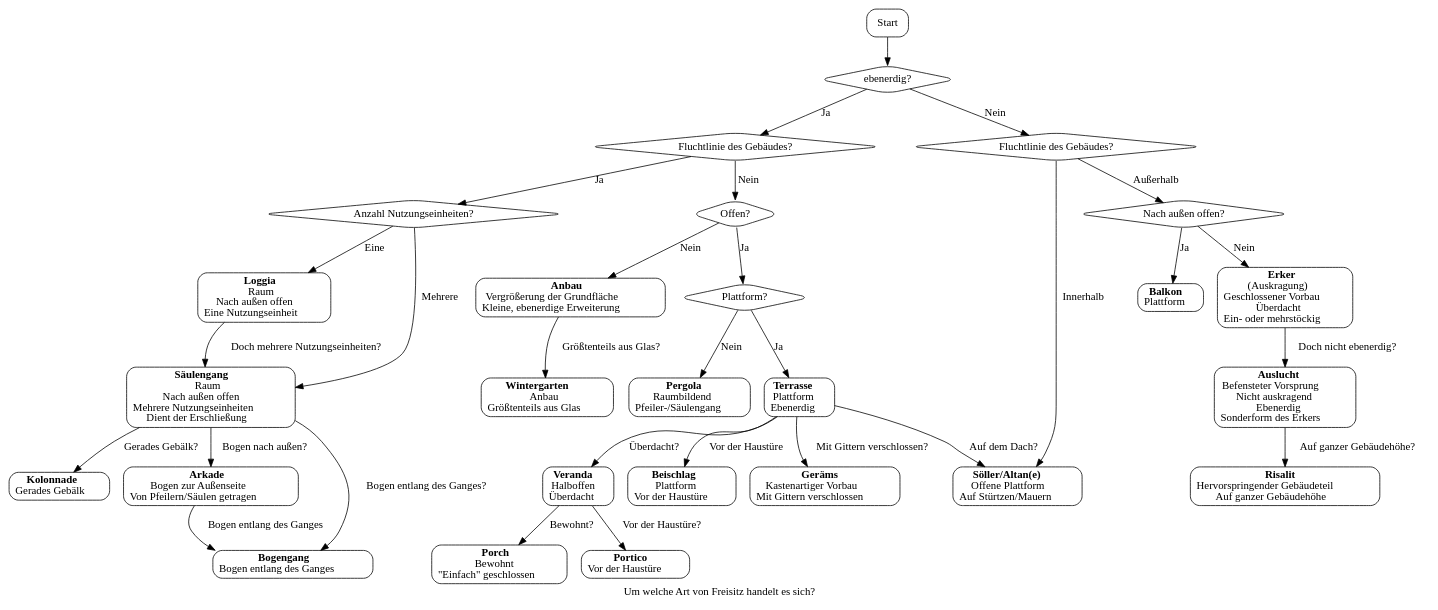
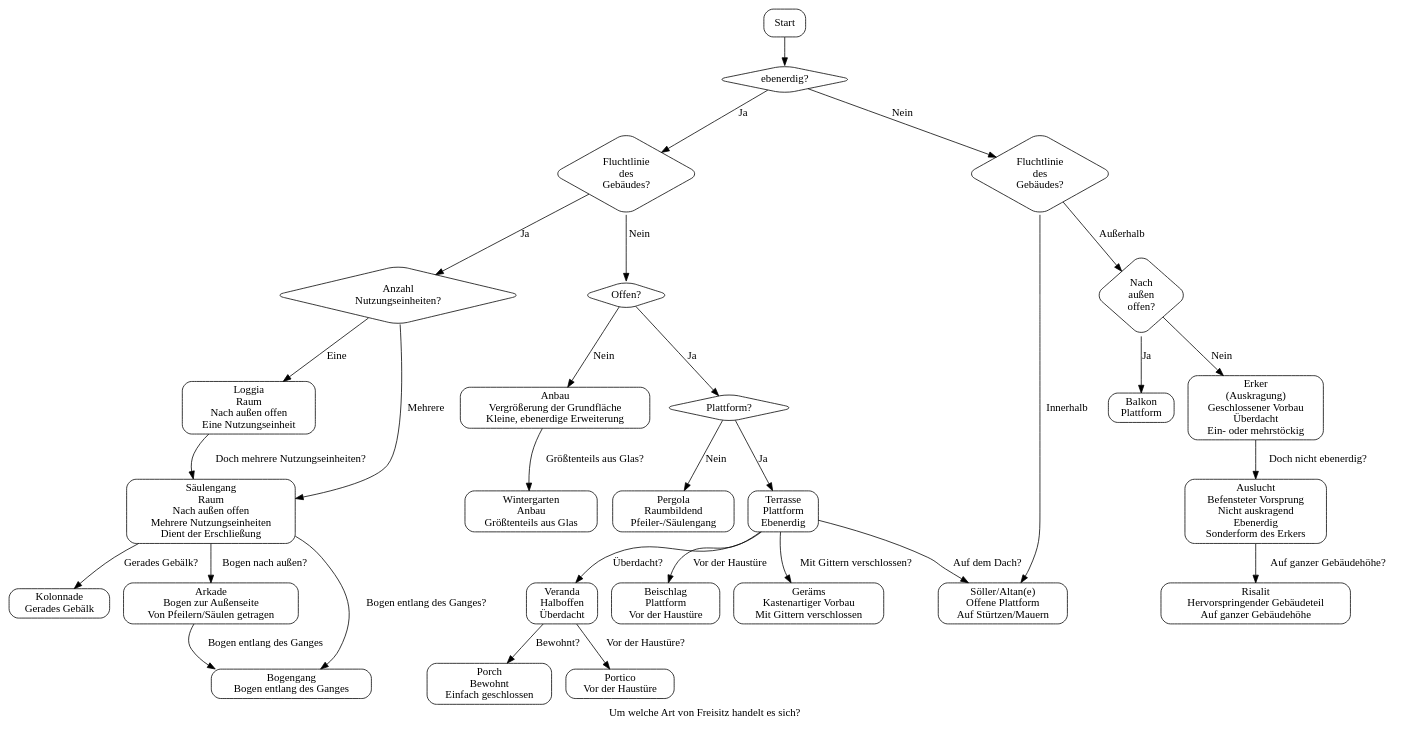
Before and after one commit to nicholasdille/freisitz: the diagram in freisitz.dot, drawn with Graphviz.

Commit message:
Removed formatting

```diff
--- a/freisitz.dot
+++ b/freisitz.dot
@@ -1,73 +1,64 @@
 #!dot
 digraph {
     label="Um welche Art von Freisitz handelt es sich?";
 
     # Knoten
     node[shape="box", style="rounded"] Start;
-    node[shape="diamond"] if_ebenerdig;
-    node[shape="diamond"] if_ebenerdig_fluchtlinie;
-    node[shape="diamond"] if_ebenerdig_innerhalb_fluchtlinie_nutzungseinheiten;
-    node[shape="diamond"] if_ebenerdig_außerhalbhalb_fluchtlinie_offen;
-    node[shape="diamond"] if_ebenerdig_außerhalbhalb_fluchtlinie_teilweise_offen_plattform;
-    node[shape="diamond"] if_nicht_ebenerdig_fluchtlinie;
-    node[shape="diamond"] if_nicht_ebenerdig_außerhalb_fluchtlinie_offen;
-    node[shape="box", style="rounded", label=<<B>Söller/Altan(e)</B><br/>Offene Plattform<br/>Auf Stürtzen/Mauern> URL="https://de.wikipedia.org/wiki/S%C3%B6ller"] Söller;
-    node[shape="box", style="rounded", label=<<B>Balkon</B><br/>Plattform> URL="https://de.wikipedia.org/wiki/Balkon"] Balkon;
-    node[shape="box", style="rounded", label=<<B>Erker</B><br/>(Auskragung)<br/>Geschlossener Vorbau<br/>Überdacht<br/>Ein- oder mehrstöckig> URL="https://de.wikipedia.org/wiki/Erker"] Erker;
-    node[shape="box", style="rounded", label=<<B>Auslucht</B><br/>Befensteter Vorsprung<br/>Nicht auskragend<br/>Ebenerdig<br/>Sonderform des Erkers> URL="https://de.wikipedia.org/wiki/Auslucht"] Auslucht;
-    node[shape="box", style="rounded", label=<<B>Risalit</B><br/>Hervorspringender Gebäudeteil<br/>Auf ganzer Gebäudehöhe> URL="https://de.wikipedia.org/wiki/Risalit"] Risalit;
-    node[shape="box", style="rounded", label=<<B>Terrasse</B><br/>Plattform<br/>Ebenerdig> URL="https://de.wikipedia.org/wiki/Terrasse_(Architektur)"] Terrasse;
-    node[shape="box", style="rounded", label=<<B>Anbau</B><br/>Vergrößerung der Grundfläche<br/>Kleine, ebenerdige Erweiterung> URL="https://de.wikipedia.org/wiki/Anbau_(Geb%C3%A4ude)"] Anbau;
-    node[shape="box", style="rounded", label=<<B>Pergola</B><br/>Raumbildend<br/>Pfeiler-/Säulengang> URL="https://de.wikipedia.org/wiki/Pergola"] Pergola;
-    node[shape="box", style="rounded", label=<<B>Veranda</B><br/>Halboffen<br/>Überdacht> URL="https://de.wikipedia.org/wiki/Veranda"] Veranda;
-    node[shape="box", style="rounded", label=<<B>Porch</B><br/>Bewohnt<br/>"Einfach" geschlossen>] Porch;
-    node[shape="box", style="rounded", label=<<B>Portico</B><br/>Vor der Haustüre>] Portico;
-    node[shape="box", style="rounded", label=<<B>Beischlag</B><br/>Plattform<br/>Vor der Haustüre> URL="https://de.wikipedia.org/wiki/Beischlag"] Beischlag;
-    node[shape="box", style="rounded", label=<<B>Wintergarten</B><br/>Anbau<br/>Größtenteils aus Glas> URL="https://de.wikipedia.org/wiki/Wintergarten"] Wintergarten;
-    node[shape="box", style="rounded", label=<<B>Geräms</B><br/>Kastenartiger Vorbau<br/>Mit Gittern verschlossen> URL="https://de.wikipedia.org/wiki/Ger%C3%A4ms"] Geräms;
-    node[shape="box", style="rounded", label=<<B>Loggia</B><br/>Raum<br/>Nach außen offen<br/>Eine Nutzungseinheit> URL="https://de.wikipedia.org/wiki/Loggia"] Loggia;
-    node[shape="box", style="rounded", label=<<B>Säulengang</B><br/>Raum<br/>Nach außen offen<br/>Mehrere Nutzungseinheiten<br/>Dient der Erschließung>] Säulengang;
-    node[shape="box", style="rounded", label=<<B>Kolonnade</B><br/>Gerades Gebälk> URL="https://de.wikipedia.org/wiki/Kolonnade"] Kolonnade;
-    node[shape="box", style="rounded", label=<<B>Arkade</B><br/>Bogen zur Außenseite<br/>Von Pfeilern/Säulen getragen> URL="https://de.wikipedia.org/wiki/Arkade"] Arkade;
-    node[shape="box", style="rounded", label=<<B>Bogengang</B><br/>Bogen entlang des Ganges> URL="https://de.wikipedia.org/wiki/Bogengang_(Architektur)"] Bogengang;
+    node[shape="diamond" label="ebenerdig?"] if_ebenerdig;
+    node[shape="diamond" label="Fluchtlinie\ndes\nGebäudes?"] if_ebenerdig_fluchtlinie;
+    node[shape="diamond" label="Anzahl\nNutzungseinheiten?"] if_ebenerdig_innerhalb_fluchtlinie_nutzungseinheiten;
+    node[shape="diamond" label="Offen?"] if_ebenerdig_außerhalbhalb_fluchtlinie_offen;
+    node[shape="diamond" label="Plattform?"] if_ebenerdig_außerhalbhalb_fluchtlinie_teilweise_offen_plattform;
+    node[shape="diamond" label="Fluchtlinie\ndes\nGebäudes?"] if_nicht_ebenerdig_fluchtlinie;
+    node[shape="diamond" label="Nach\naußen\noffen?"] if_nicht_ebenerdig_außerhalb_fluchtlinie_offen;
+    node[shape="box", style="rounded", label="Söller/Altan(e)\nOffene Plattform\nAuf Stürtzen/Mauern" URL="https://de.wikipedia.org/wiki/S%C3%B6ller"] Söller;
+    node[shape="box", style="rounded", label="Balkon\nPlattform" URL="https://de.wikipedia.org/wiki/Balkon"] Balkon;
+    node[shape="box", style="rounded", label="Erker\n(Auskragung)\nGeschlossener Vorbau\nÜberdacht\nEin- oder mehrstöckig" URL="https://de.wikipedia.org/wiki/Erker"] Erker;
+    node[shape="box", style="rounded", label="Auslucht\nBefensteter Vorsprung\nNicht auskragend\nEbenerdig\nSonderform des Erkers" URL="https://de.wikipedia.org/wiki/Auslucht"] Auslucht;
+    node[shape="box", style="rounded", label="Risalit\nHervorspringender Gebäudeteil\nAuf ganzer Gebäudehöhe" URL="https://de.wikipedia.org/wiki/Risalit"] Risalit;
+    node[shape="box", style="rounded", label="Terrasse\nPlattform\nEbenerdig" URL="https://de.wikipedia.org/wiki/Terrasse_(Architektur)"] Terrasse;
+    node[shape="box", style="rounded", label="Anbau\nVergrößerung der Grundfläche\nKleine, ebenerdige Erweiterung" URL="https://de.wikipedia.org/wiki/Anbau_(Geb%C3%A4ude)"] Anbau;
+    node[shape="box", style="rounded", label="Pergola\nRaumbildend\nPfeiler-/Säulengang" URL="https://de.wikipedia.org/wiki/Pergola"] Pergola;
+    node[shape="box", style="rounded", label="Veranda\nHalboffen\nÜberdacht" URL="https://de.wikipedia.org/wiki/Veranda"] Veranda;
+    node[shape="box", style="rounded", label="Porch\nBewohnt\nEinfach geschlossen"] Porch;
+    node[shape="box", style="rounded", label="Portico\nVor der Haustüre"] Portico;
+    node[shape="box", style="rounded", label="Beischlag\nPlattform\nVor der Haustüre" URL="https://de.wikipedia.org/wiki/Beischlag"] Beischlag;
+    node[shape="box", style="rounded", label="Wintergarten\nAnbau\nGrößtenteils aus Glas" URL="https://de.wikipedia.org/wiki/Wintergarten"] Wintergarten;
+    node[shape="box", style="rounded", label="Geräms\nKastenartiger Vorbau\nMit Gittern verschlossen" URL="https://de.wikipedia.org/wiki/Ger%C3%A4ms"] Geräms;
+    node[shape="box", style="rounded", label="Loggia\nRaum\nNach außen offen\nEine Nutzungseinheit" URL="https://de.wikipedia.org/wiki/Loggia"] Loggia;
+    node[shape="box", style="rounded", label="Säulengang\nRaum\nNach außen offen\nMehrere Nutzungseinheiten\nDient der Erschließung"] Säulengang;
+    node[shape="box", style="rounded", label="Kolonnade\nGerades Gebälk" URL="https://de.wikipedia.org/wiki/Kolonnade"] Kolonnade;
+    node[shape="box", style="rounded", label="Arkade\nBogen zur Außenseite\nVon Pfeilern/Säulen getragen" URL="https://de.wikipedia.org/wiki/Arkade"] Arkade;
+    node[shape="box", style="rounded", label="Bogengang\nBogen entlang des Ganges" URL="https://de.wikipedia.org/wiki/Bogengang_(Architektur)"] Bogengang;
 
     # Kanten
     Start -> if_ebenerdig;
     if_ebenerdig -> if_ebenerdig_fluchtlinie [label="Ja"];
     if_ebenerdig -> if_nicht_ebenerdig_fluchtlinie [label="Nein"];
     if_ebenerdig_fluchtlinie -> if_ebenerdig_innerhalb_fluchtlinie_nutzungseinheiten [label="Ja"];
     if_ebenerdig_fluchtlinie -> if_ebenerdig_außerhalbhalb_fluchtlinie_offen [label="Nein"];
     if_ebenerdig_außerhalbhalb_fluchtlinie_offen -> Anbau [label="Nein"];
     if_ebenerdig_außerhalbhalb_fluchtlinie_offen -> if_ebenerdig_außerhalbhalb_fluchtlinie_teilweise_offen_plattform [label="Ja"];
     if_ebenerdig_außerhalbhalb_fluchtlinie_teilweise_offen_plattform -> Pergola [label="Nein"]
     if_ebenerdig_außerhalbhalb_fluchtlinie_teilweise_offen_plattform -> Terrasse [label="Ja"]
     if_ebenerdig_innerhalb_fluchtlinie_nutzungseinheiten -> Loggia [label="Eine"];
     if_ebenerdig_innerhalb_fluchtlinie_nutzungseinheiten -> Säulengang [label="Mehrere"];
     if_nicht_ebenerdig_fluchtlinie -> Söller [label="Innerhalb"];
     if_nicht_ebenerdig_fluchtlinie -> if_nicht_ebenerdig_außerhalb_fluchtlinie_offen [label="Außerhalb"];
     if_nicht_ebenerdig_außerhalb_fluchtlinie_offen -> Balkon [label="Ja"];
     if_nicht_ebenerdig_außerhalb_fluchtlinie_offen -> Erker [label="Nein"];
     Erker -> Auslucht [label="Doch nicht ebenerdig?"];
     Terrasse -> Söller [label="Auf dem Dach?"];
     Terrasse -> Veranda [label="Überdacht?"];
     Veranda -> Porch [label="Bewohnt?"];
     Veranda -> Portico [label="Vor der Haustüre?"];
     Terrasse -> Beischlag [label="Vor der Haustüre"];
     Terrasse -> Geräms [label="Mit Gittern verschlossen?"];
     Anbau -> Wintergarten [label="Größtenteils aus Glas?"];
     Auslucht -> Risalit [label="Auf ganzer Gebäudehöhe?"];
     Säulengang -> Kolonnade [label="Gerades Gebälk?"];
     Säulengang -> Arkade [label="Bogen nach außen?"];
     Säulengang -> Bogengang[label="Bogen entlang des Ganges?"];
     Arkade -> Bogengang [label="Bogen entlang des Ganges"];
     Loggia -> Säulengang [label="Doch mehrere Nutzungseinheiten?"];
-
-    # Texte
-    if_ebenerdig [label="ebenerdig?"];
-    if_ebenerdig_fluchtlinie [label="Fluchtlinie des Gebäudes?"];
-    if_ebenerdig_innerhalb_fluchtlinie_nutzungseinheiten [label="Anzahl Nutzungseinheiten?"];
-    if_ebenerdig_außerhalbhalb_fluchtlinie_offen [label="Offen?"];
-    if_ebenerdig_außerhalbhalb_fluchtlinie_teilweise_offen_plattform [label="Plattform?"]
-    if_nicht_ebenerdig_fluchtlinie [label="Fluchtlinie des Gebäudes?"];
-    if_nicht_ebenerdig_außerhalb_fluchtlinie_offen [label="Nach außen offen?"];
 }
```
